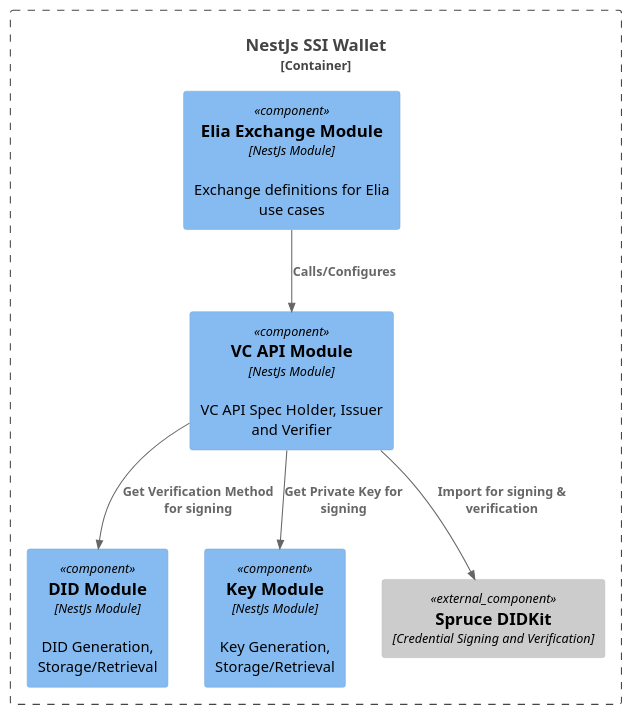
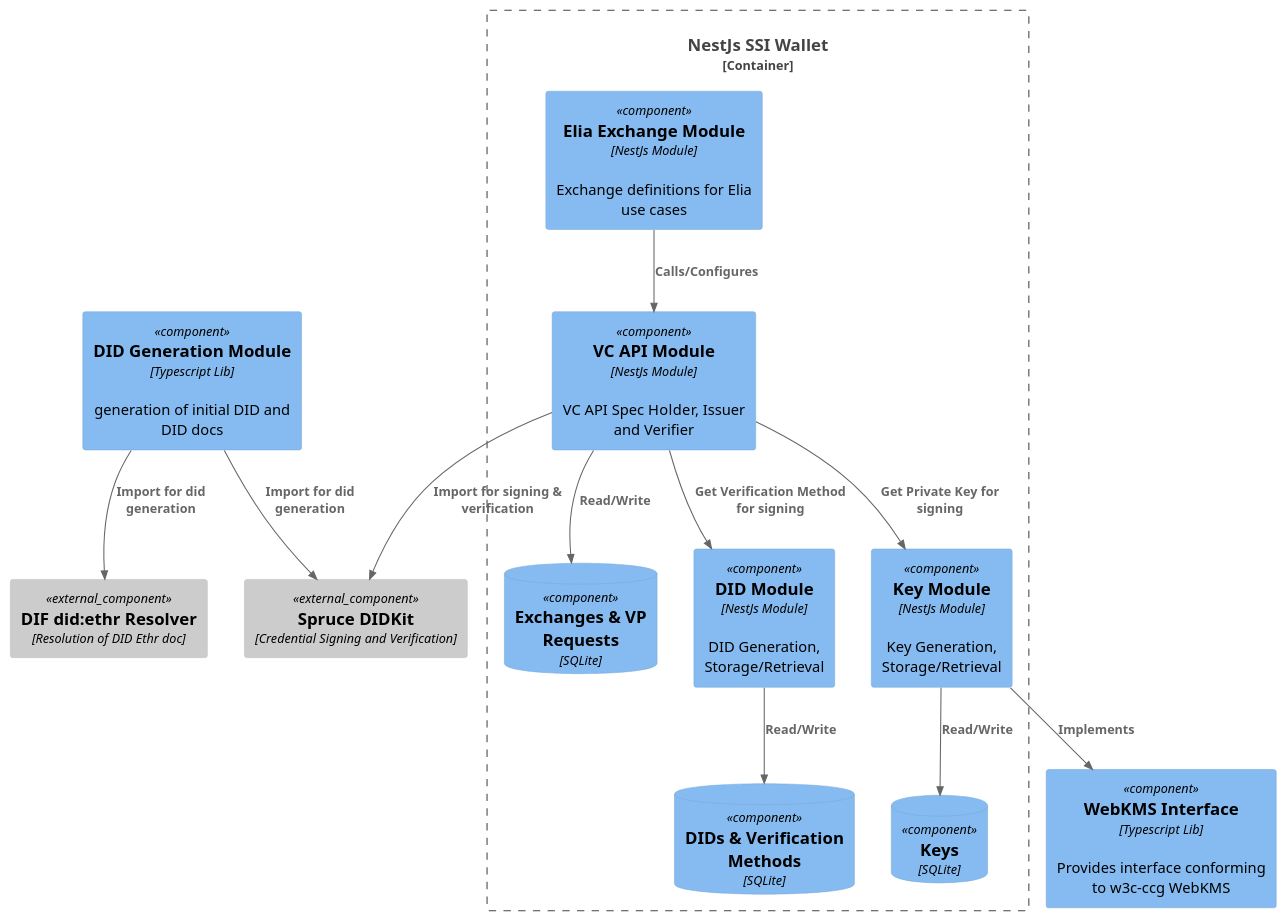
The diagram in ssi-agent.component.puml (openwallet-foundation-labs/vc-api), drawn with PlantUML before and after one commit. The commit also changed 2 other files, not shown here.

Commit message:
docs: update architecture puml + delete drawio

```diff
--- a/ssi-agent.component.puml
+++ b/ssi-agent.component.puml
@@ -1,17 +1,38 @@
 @startuml ssi-agent-component
 !include https://raw.githubusercontent.com/plantuml-stdlib/C4-PlantUML/master/C4_Component.puml
 
 Container_Boundary(nestjs_agent, "NestJs SSI Wallet") {
+  Component(elia_exchange, "Elia Exchange Module", "NestJs Module", "Exchange definitions for Elia use cases")
+
   Component(vc_api, "VC API Module", "NestJs Module", "VC API Spec Holder, Issuer and Verifier")
-  Component(elia_exchange, "Elia Exchange Module", "NestJs Module", "Exchange definitions for Elia use cases")
+  ComponentDb(exchange_db, "Exchanges & VP Requests", "SQLite")
+  Rel(vc_api, exchange_db, "Read/Write")
+  
   Component(did, "DID Module", "NestJs Module", "DID Generation, Storage/Retrieval")
+  Rel(vc_api, did, "Get Verification Method for signing")
+  ComponentDb(did_db, "DIDs & Verification Methods", "SQLite")
+  Rel(did, did_db, "Read/Write")
+  
   Component(key, "Key Module", "NestJs Module", "Key Generation, Storage/Retrieval")
-  Component_Ext(spruce_didkit, "Spruce DIDKit", "Credential Signing and Verification")
+  Rel(vc_api, key, "Get Private Key for signing")
+  ComponentDb(key_db, "Keys", "SQLite")
+  Rel(key, key_db, "Read/Write")
 }
 
+Component(web_kms,"WebKMS Interface","Typescript Lib", "Provides interface conforming to w3c-ccg WebKMS")
+Rel(key, web_kms, "Implements")
+
+Component(did_generation,"DID Generation Module","Typescript Lib","generation of initial DID and DID docs")
+
+Component_Ext(ethr_resolver, "DIF did:ethr Resolver", "Resolution of DID Ethr doc")
+Rel(did_generation, ethr_resolver, "Import for did generation")
+
+Component_Ext(didkit, "Spruce DIDKit", "Credential Signing & Verification, did:key resolution")
+Rel(did_generation, didkit, "Import for did generation")
+Rel(vc_api, didkit, "Import for signing & verification")
+
+Component_Ext(didkit, "Spruce DIDKit", "Credential Signing and Verification")
+
 Rel(elia_exchange, vc_api, "Calls/Configures")
-Rel(vc_api, did, "Get Verification Method for signing")
-Rel(vc_api, key, "Get Private Key for signing")
-Rel(vc_api, spruce_didkit, "Import for signing & verification")
 
 @enduml
```
